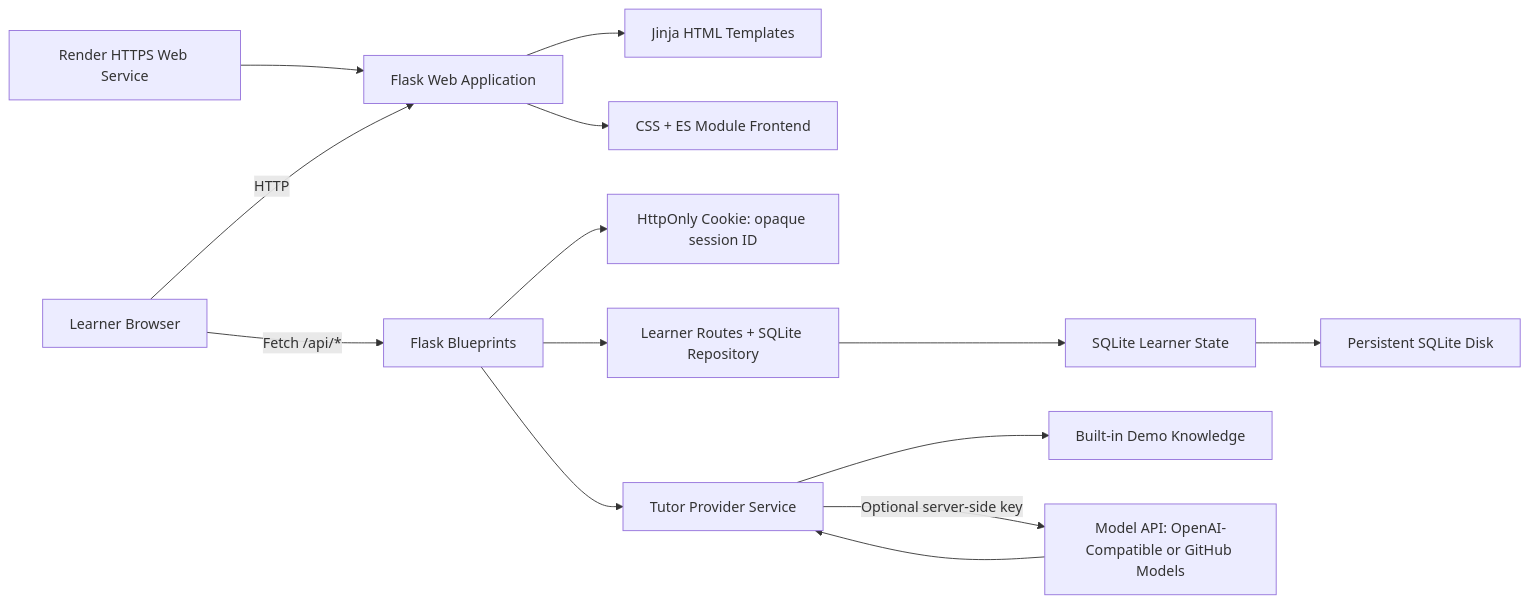
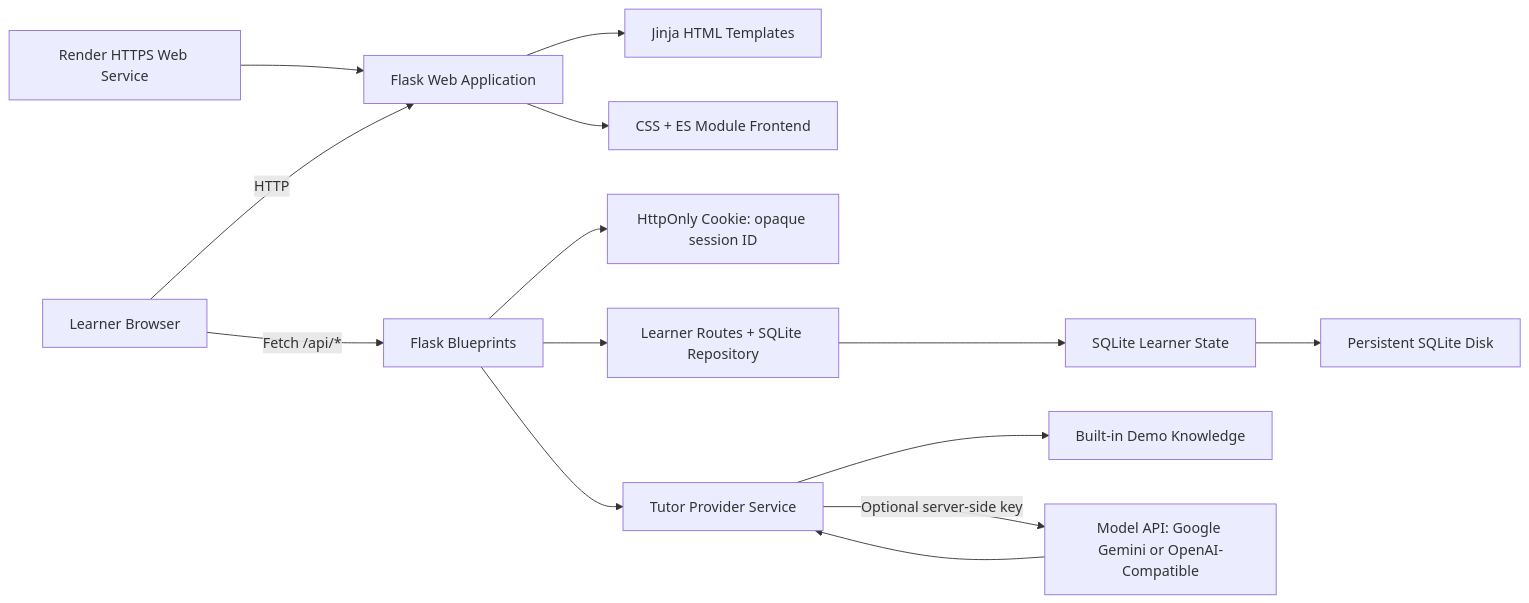
Before and after one commit to iteshwalia/ai-tutor-projectmanagement: the diagram in architecture.md, drawn with Mermaid. The commit also changed other lines of this file and 10 other files, not shown here.

````diff
--- a/architecture.md
+++ b/architecture.md
@@ -3,30 +3,30 @@
 ```mermaid
 flowchart LR
     Browser["Learner Browser"]
     Template["Jinja HTML Templates"]
     Assets["CSS + ES Module Frontend"]
     Flask["Flask Web Application"]
     Cookie["HttpOnly Cookie: opaque session ID"]
     Store["SQLite Learner State"]
     Routes["Flask Blueprints"]
     Logic["Learner Routes + SQLite Repository"]
     Demo["Built-in Demo Knowledge"]
     Service["Tutor Provider Service"]
-    AI["Model API: OpenAI-Compatible or GitHub Models"]
+    AI["Model API: Google Gemini or OpenAI-Compatible"]
     Host["Render HTTPS Web Service"]
     Disk["Persistent SQLite Disk"]
 
     Host --> Flask
     Browser -->|HTTP| Flask
     Flask --> Template
     Flask --> Assets
     Browser -->|Fetch /api/*| Routes
     Routes --> Cookie
     Routes --> Logic
     Routes --> Service
     Logic --> Store
     Store --> Disk
     Service --> Demo
     Service -->|Optional server-side key| AI
     AI --> Service
 ```
````
